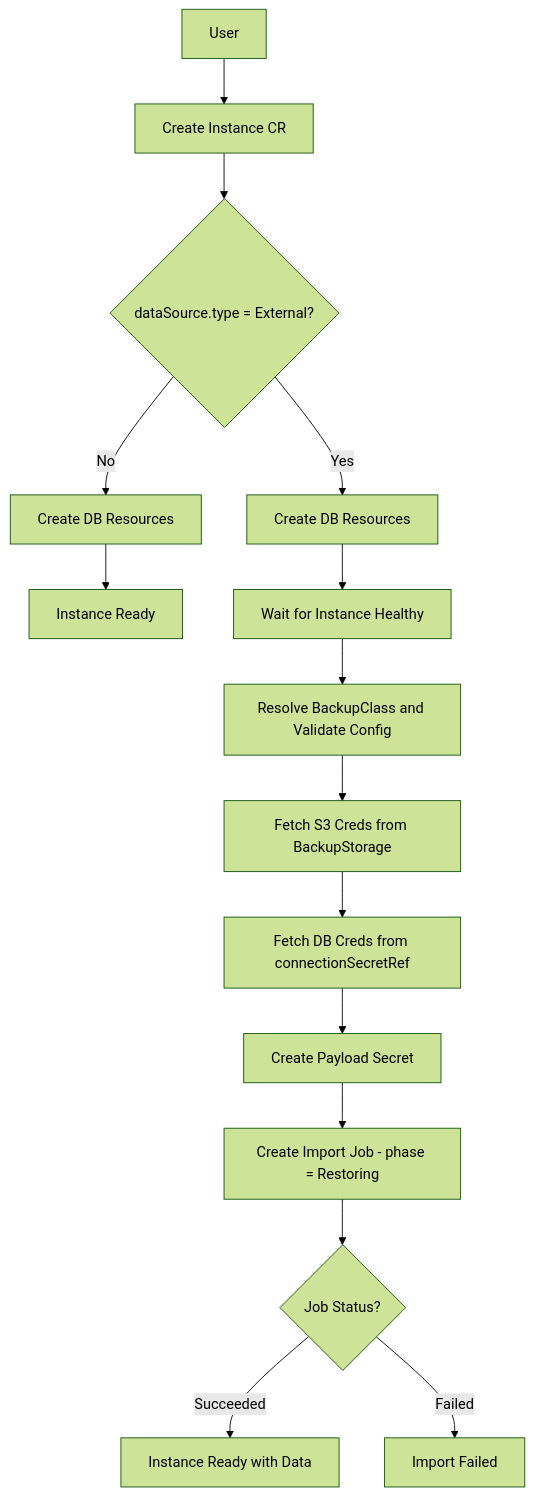
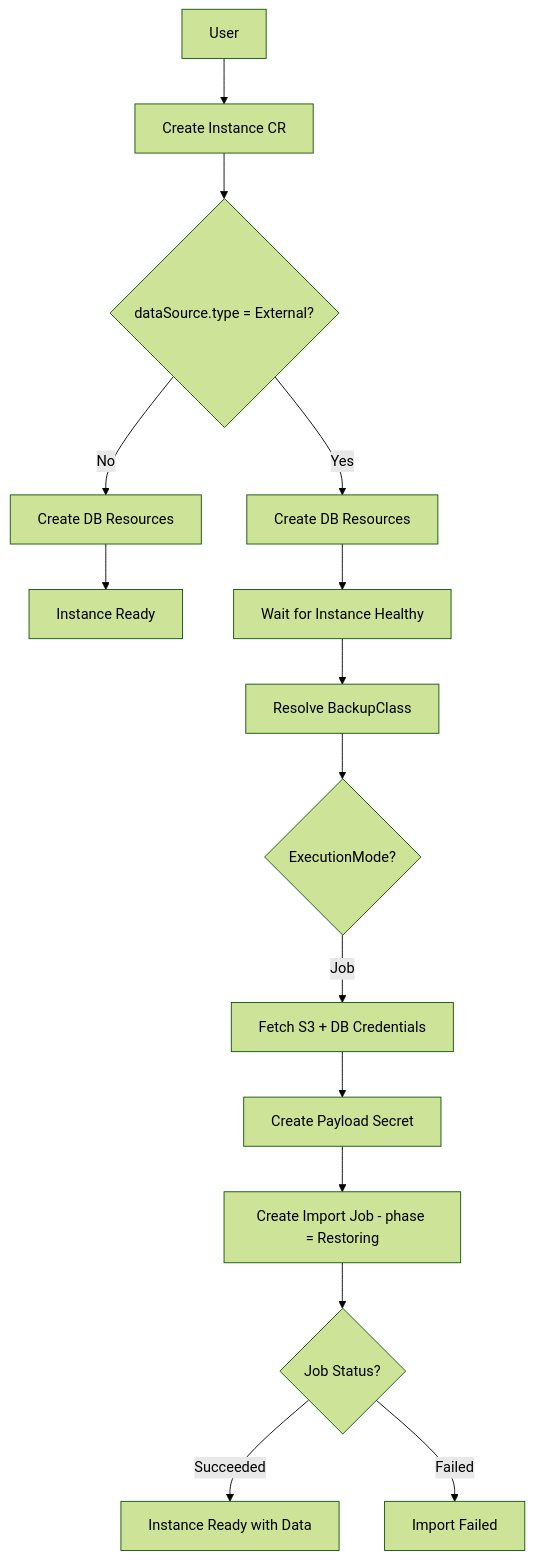
The second of 2 diagrams in specs/010-database-import.md (openeverest/specs), drawn with Mermaid (forest theme) before and after one commit. The commit also changed other lines of this file, not shown here.

````diff
--- a/specs/010-database-import.md
+++ b/specs/010-database-import.md
@@ -57,17 +93,17 @@
 ```mermaid
 graph TD
     User[User] --> Instance[Create Instance CR]
     Instance --> Check{dataSource.type = External?}
     Check -->|No| CreateDB[Create DB Resources]
     Check -->|Yes| CreateDBImport[Create DB Resources]
     CreateDB --> EmptyReady[Instance Ready]
     CreateDBImport --> WaitHealthy[Wait for Instance Healthy]
-    WaitHealthy --> ResolveBC[Resolve BackupClass and Validate Config]
-    ResolveBC --> FetchS3[Fetch S3 Creds from BackupStorage]
-    FetchS3 --> FetchDB[Fetch DB Creds from connectionSecretRef]
-    FetchDB --> PayloadSecret[Create Payload Secret]
+    WaitHealthy --> ResolveBC[Resolve BackupClass]
+    ResolveBC --> CheckMode{ExecutionMode?}
+    CheckMode -->|Job| FetchCreds[Fetch S3 + DB Credentials]
+    FetchCreds --> PayloadSecret[Create Payload Secret]
     PayloadSecret --> CreateJob[Create Import Job - phase = Restoring]
     CreateJob --> JobDone{Job Status?}
     JobDone -->|Succeeded| DataReady[Instance Ready with Data]
     JobDone -->|Failed| ImportFailed[Import Failed]
 ```
````
